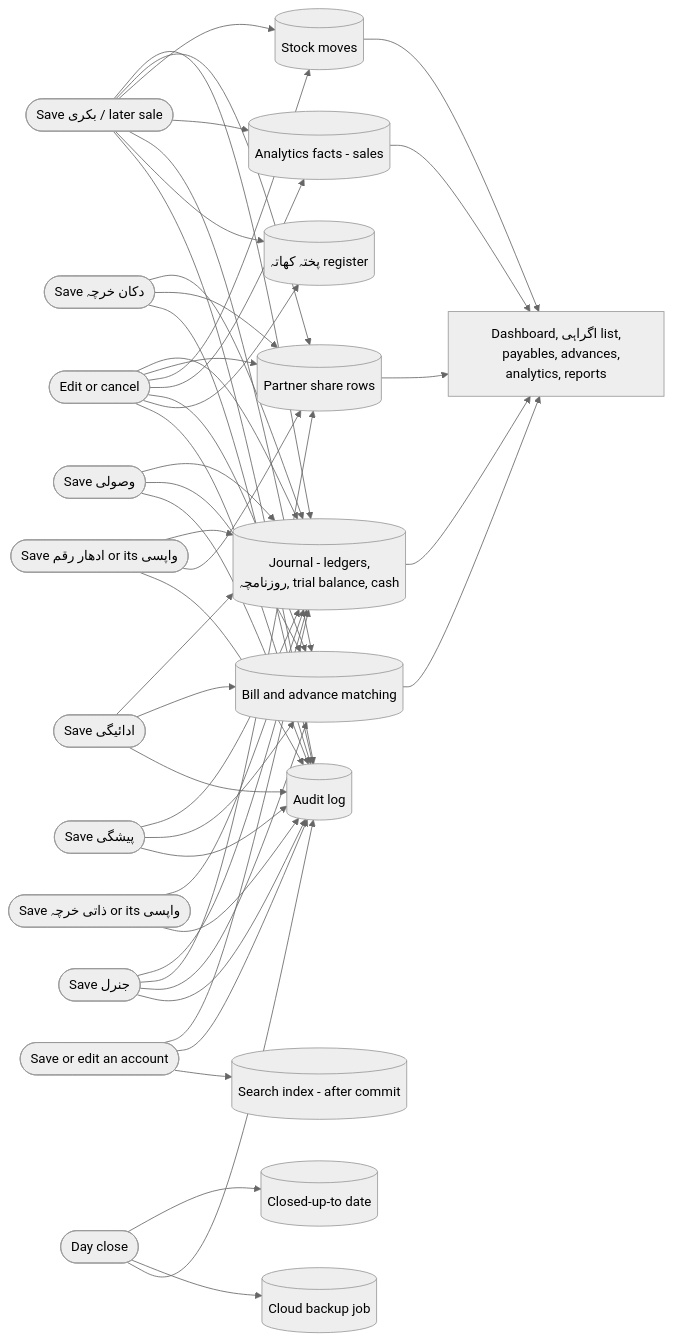
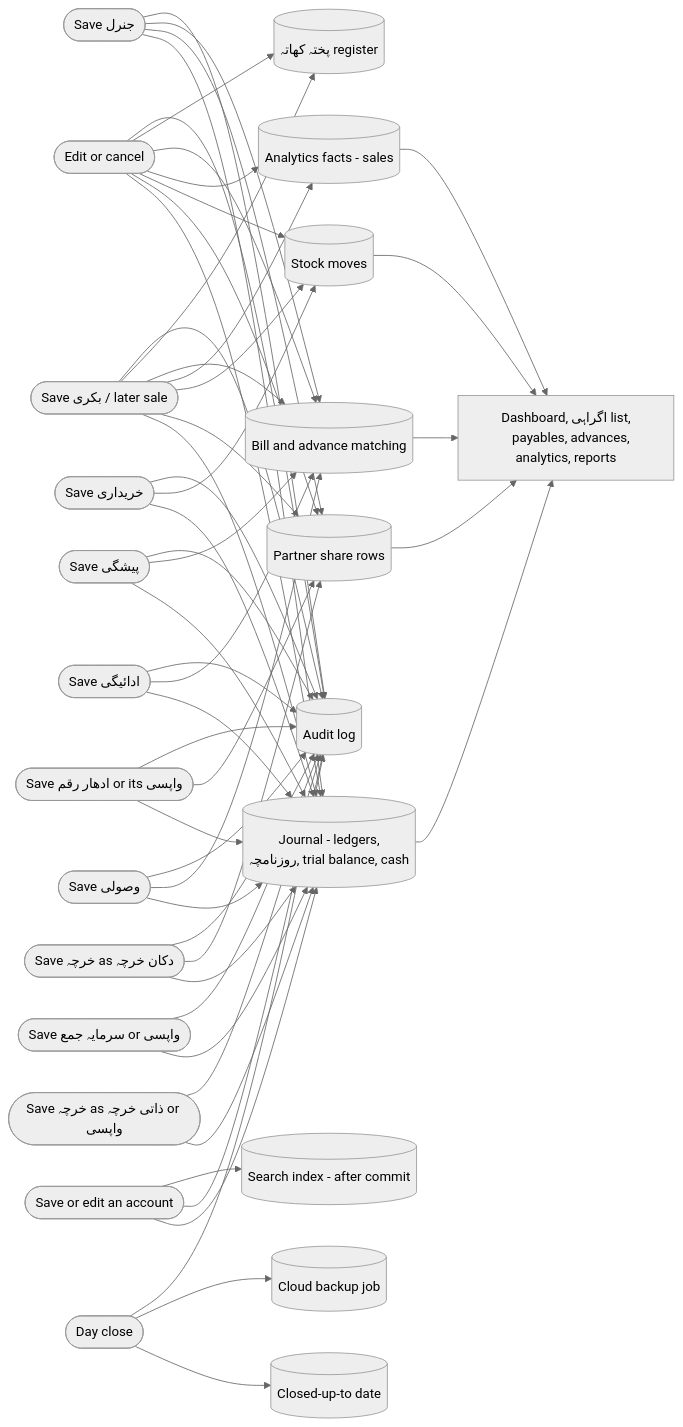
Before and after one commit to FaisalHanif12/Fruits-Mandi-Software: the seventh of 26 diagrams in .claude/rules/Architecture_v1.md, drawn with Mermaid (neutral theme). The commit also changed other lines of this file and 13 other files, not shown here.

````diff
--- a/.claude/rules/Architecture_v1.md
+++ b/.claude/rules/Architecture_v1.md
@@ -253,40 +257,44 @@
 ```mermaid
 flowchart LR
     SAVE_BIKRI(["Save بکری / later sale"])
     EDIT(["Edit or cancel"])
     SAVE_REC(["Save وصولی"])
     SAVE_PAY(["Save ادائیگی"])
     SAVE_ADV(["Save پیشگی"])
-    SAVE_SHOP(["Save دکان خرچہ"])
-    SAVE_PERS(["Save ذاتی خرچہ or its واپسی"])
+    SAVE_SHOP(["Save خرچہ as دکان خرچہ"])
+    SAVE_PERS(["Save خرچہ as ذاتی خرچہ or واپسی"])
     SAVE_LENT(["Save ادھار رقم or its واپسی"])
+    SAVE_PUR(["Save خریداری"])
+    SAVE_CAP(["Save سرمایہ جمع or واپسی"])
     SAVE_GEN(["Save جنرل"])
     DAYC(["Day close"])
 
     JRN[("Journal - ledgers,
     روزنامچہ, trial balance, cash")]
     SPLIT[("Partner share rows")]
     STOCK[("Stock moves")]
     FACTS[("Analytics facts - sales")]
     MATCH[("Bill and advance matching")]
     PUKHTA[("پختہ کھاتہ register")]
     AUD[("Audit log")]
     DAYS[("Closed-up-to date")]
     BACKUP[("Cloud backup job")]
     DASHV["Dashboard, اگراہی list,
     payables, advances, analytics, reports"]
 
     SAVE_BIKRI --> JRN & SPLIT & STOCK & FACTS & MATCH & PUKHTA & AUD
     EDIT --> JRN & SPLIT & STOCK & FACTS & MATCH & PUKHTA & AUD
     SAVE_REC --> JRN & MATCH & AUD
     SAVE_PAY --> JRN & MATCH & AUD
     SAVE_ADV --> JRN & MATCH & AUD
     SAVE_SHOP --> JRN & SPLIT & AUD
     SAVE_PERS --> JRN & AUD
     SAVE_LENT --> JRN & SPLIT & AUD
+    SAVE_PUR --> JRN & STOCK & AUD
+    SAVE_CAP --> JRN & AUD
     SAVE_GEN --> JRN & SPLIT & MATCH & AUD
     SAVE_ACC(["Save or edit an account"]) --> JRN & AUD & SIDX[("Search index - after commit")]
     DAYC --> DAYS & BACKUP & AUD
 
     JRN & SPLIT & STOCK & FACTS & MATCH --> DASHV
 ```
````
